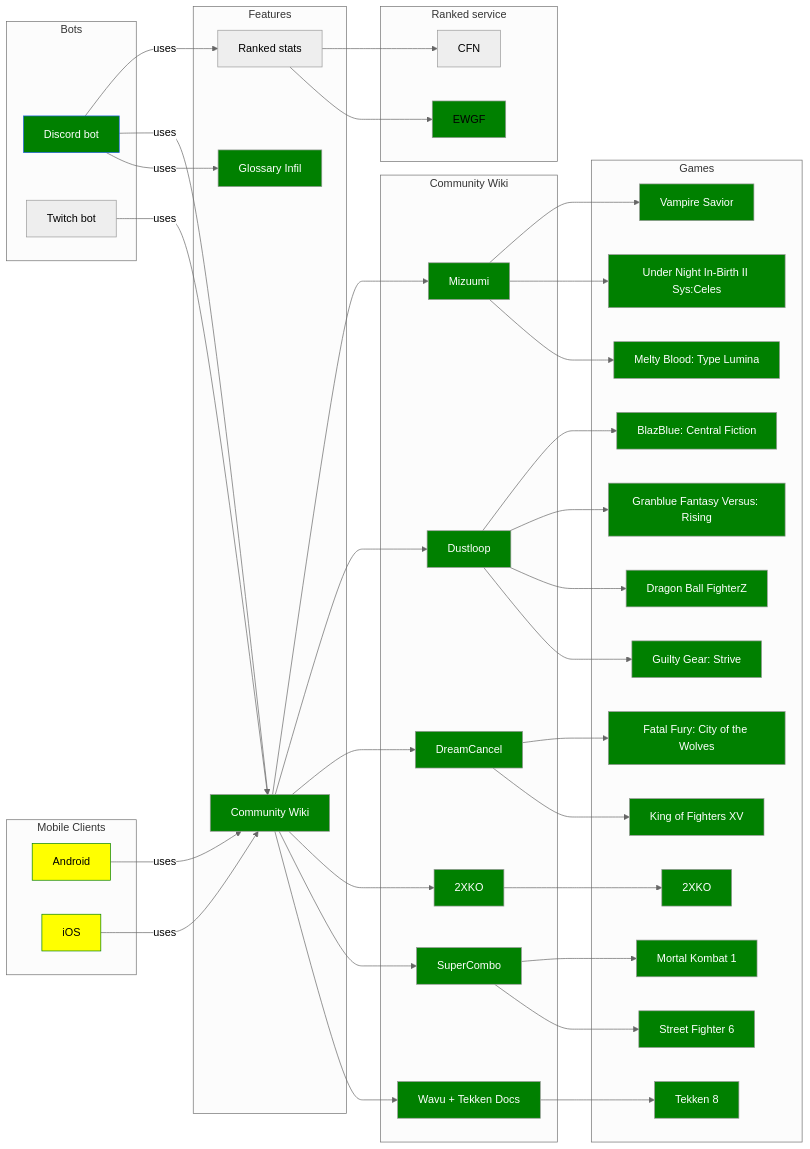
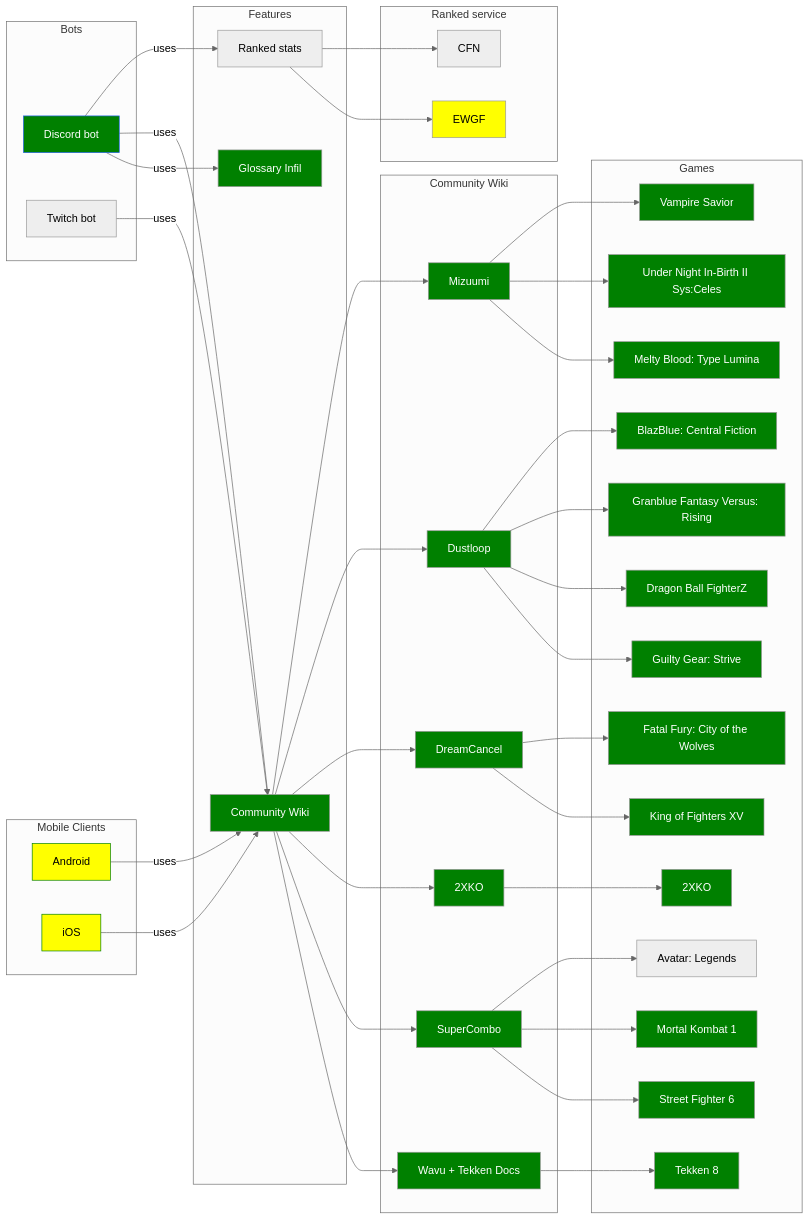
The diagram in mermaid/modules.mmd (Sophon/FightingNerd), drawn with Mermaid (neutral theme) before and after one commit. The commit also changed 1 other file, not shown here.

Commit message:
docs (mermaid): modules

```diff
--- a/mermaid/modules.mmd
+++ b/mermaid/modules.mmd
@@ -1,109 +1,112 @@
 graph LR
     classDef green fill:green,color:#000
     classDef grey fill:lightgrey,color:#000
     classDef yellow fill:#FFEB3B,color:#000
 
     subgraph Bots
         discordBot[Discord bot]
         twitchBot[Twitch bot]
     end
 
     subgraph "Mobile Clients"
         android[Android]
         iOS[iOS]
     end
 
     subgraph Features
         glossaryInfil[Glossary Infil]
         communityWiki[Community Wiki]
         elo[Ranked stats]
     end
 
     subgraph Community Wiki
         wikiWavu[Wavu + Tekken Docs]
         supercombo[SuperCombo]
         2xko[2XKO]
         dustloop[Dustloop]
         dreamcancel[DreamCancel]
         mizuumi[Mizuumi]
     end
 
     subgraph Games
         t8[Tekken 8]
         sf6[Street Fighter 6]
         mk1[Mortal Kombat 1]
         ggst[Guilty Gear: Strive]
         dbfz[Dragon Ball FighterZ]
         gbvsr[Granblue Fantasy Versus: Rising]
         kof15[King of Fighters XV]
         cotw[Fatal Fury: City of the Wolves]
         xko[2XKO]
         melty[Melty Blood: Type Lumina]
         bbcf[BlazBlue: Central Fiction]
         uni2[Under Night In-Birth II Sys:Celes]
         vsav[Vampire Savior]
+        avl[Avatar: Legends]
     end
 
     subgraph Ranked service
         ewgf[EWGF]
         cfn[CFN]
     end
 
     android -->|uses| communityWiki
     iOS -->|uses| communityWiki
 
     discordBot -->|uses| glossaryInfil
     discordBot -->|uses| communityWiki
     discordBot -->|uses| elo
     twitchBot -->|uses| communityWiki
 
     communityWiki --> wikiWavu
     communityWiki --> supercombo
     communityWiki --> 2xko
     communityWiki --> dreamcancel
     communityWiki --> dustloop
     communityWiki --> mizuumi
 
     elo --> ewgf
     elo --> cfn
 
     wikiWavu --> t8
     supercombo --> sf6
     supercombo --> mk1
+    supercombo --> avl
     dustloop --> ggst
     dustloop --> dbfz
     dustloop --> gbvsr
     dustloop --> bbcf
     2xko --> xko
     dreamcancel --> kof15
     dreamcancel --> cotw
     mizuumi --> melty
     mizuumi --> uni2
     mizuumi --> vsav
 
 
     style discordBot fill:green,stroke:#2563EB, color:#fff
     style android fill:yellow,stroke:green, color:#000
     style iOS fill:yellow,stroke:green, color:#000
     style glossaryInfil fill:green, color:#fff
     style communityWiki fill:green, color:#fff
     style wikiWavu fill:green, color:#fff
     style supercombo fill:green, color:#fff
     style dreamcancel fill:green, color:#fff
     style dustloop fill:green, color:#fff
     style mizuumi fill:green, color:#fff
     style 2xko fill:green, color:#fff
     style t8 fill:green, color:#fff
     style sf6 fill:green, color:#fff
     style xko fill:green, color:#fff
     style kof15 fill:green, color:#fff
     style cotw fill:green, color:#fff
     style ggst fill:green, color:#fff
     style mk1 fill:green, color:#fff
     style dbfz fill:green, color:#fff
     style gbvsr fill:green, color:#fff
     style melty fill:green, color:#fff
     style bbcf fill:green, color:#fff
     style uni2 fill:green, color:#fff
     style vsav fill:green, color:#fff
-    style ewgf fill:green, color:#000
+    style ewgf fill:green, color:#fff
+    style ewgf fill:yellow, color:#000
```
